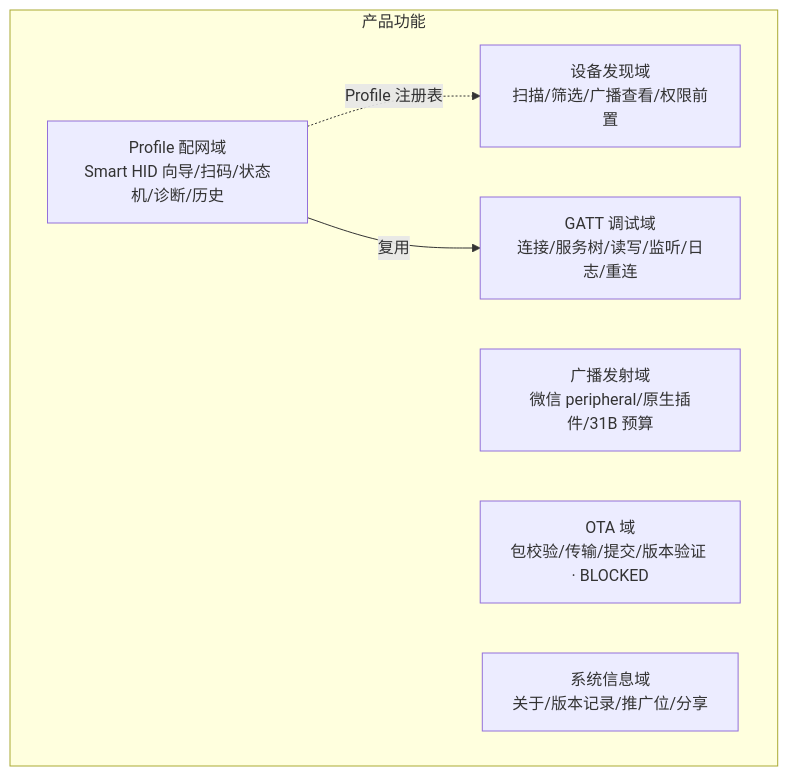
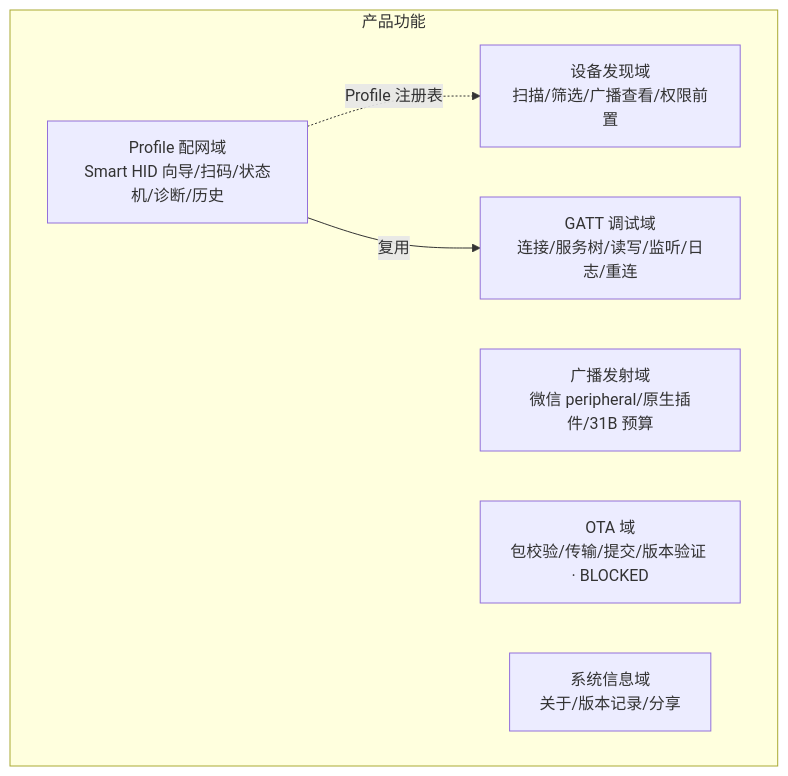
One commit to LuoYaoSheng/smart-ble changed the first of 6 diagrams in docs/specs/02_product/PRD.md. Above: the diagram before and after it, drawn with Mermaid. The commit also changed other lines of this file and 18 other files, not shown here.

````diff
--- a/docs/specs/02_product/PRD.md
+++ b/docs/specs/02_product/PRD.md
@@ -107,13 +107,13 @@
 ```mermaid
 flowchart TB
     subgraph 产品功能
         A[设备发现域<br/>扫描/筛选/广播查看/权限前置]
         B[GATT 调试域<br/>连接/服务树/读写/监听/日志/重连]
         C[Profile 配网域<br/>Smart HID 向导/扫码/状态机/诊断/历史]
         D[广播发射域<br/>微信 peripheral/原生插件/31B 预算]
         E[OTA 域<br/>包校验/传输/提交/版本验证 · BLOCKED]
-        F[系统信息域<br/>关于/版本记录/推广位/分享]
+        F[系统信息域<br/>关于/版本记录/分享]
     end
     C -.->|Profile 注册表| A
     C -->|复用| B
 ```
````
